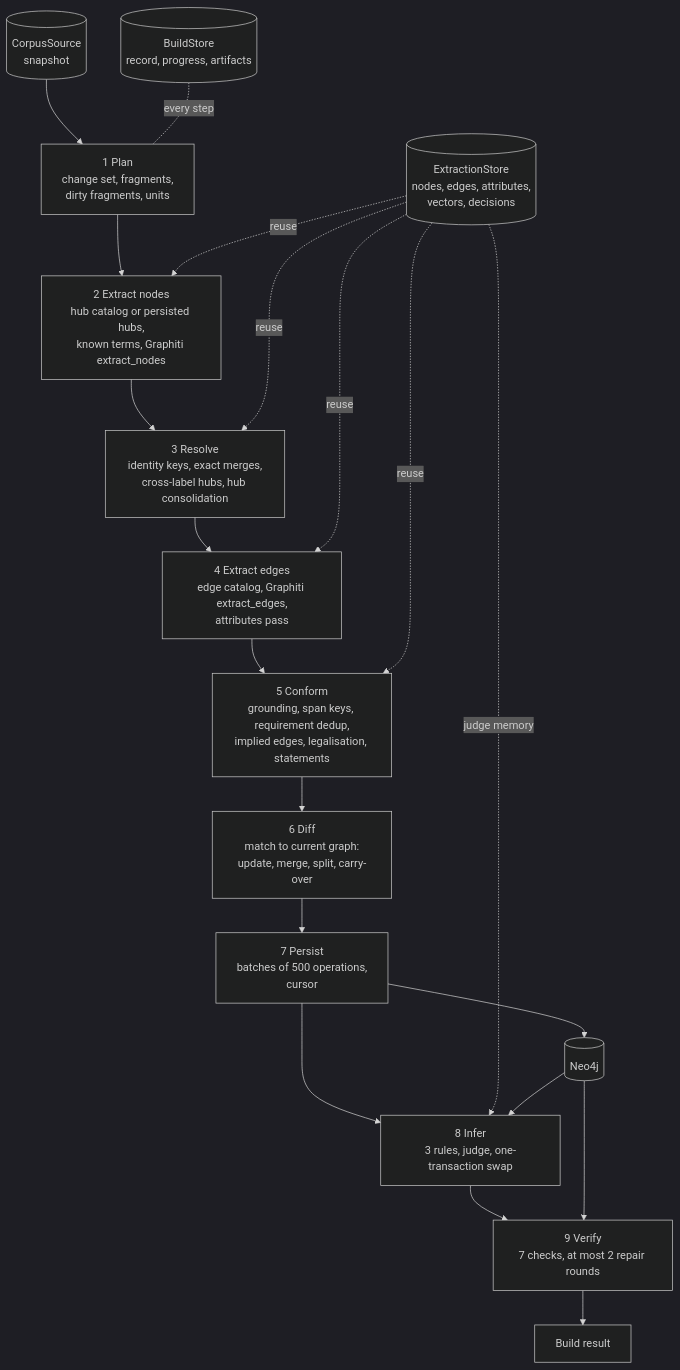
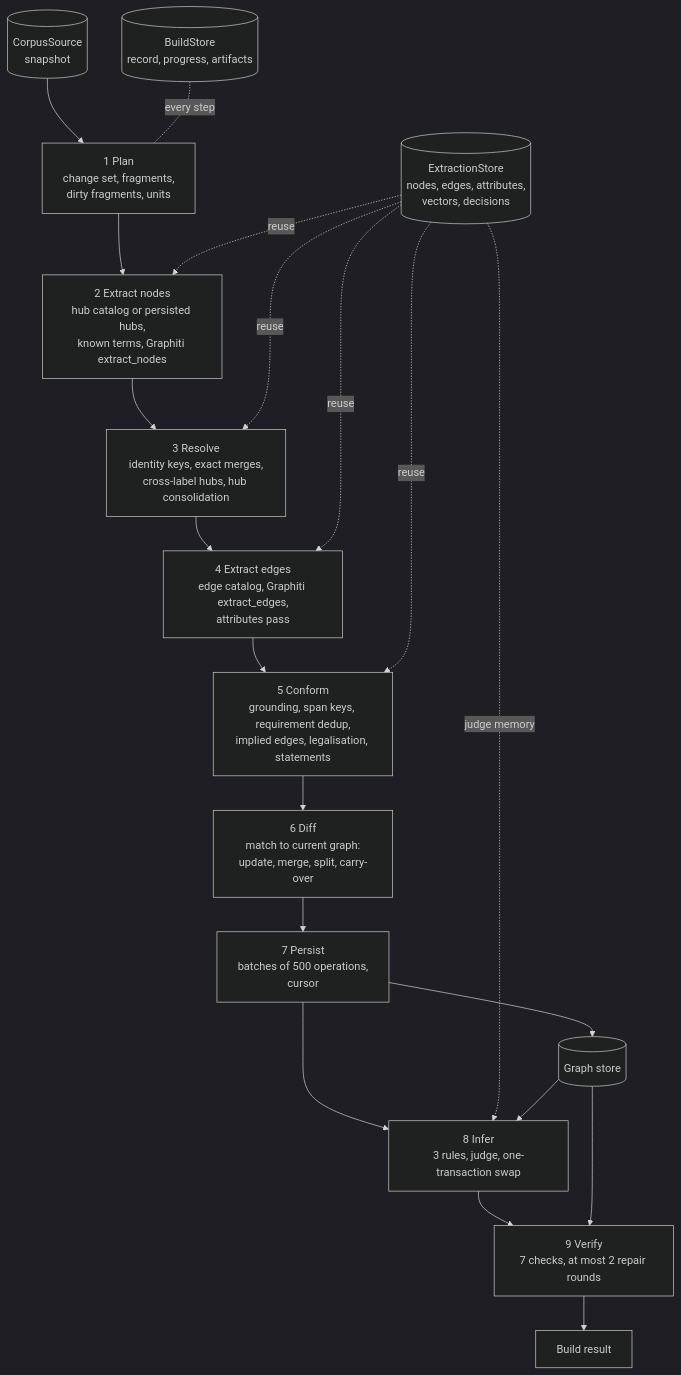
The diagram in docs/graph/how-it-works.md (griddynamics/specflow), drawn with Mermaid (dark theme) before and after one commit. The commit also changed other lines of this file and 10 other files, not shown here.

First line of the commit message:
Describe the supported graph stores in the docs

````diff
--- a/docs/graph/how-it-works.md
+++ b/docs/graph/how-it-works.md
@@ -254,22 +254,22 @@
 ```mermaid
 flowchart TD
     CS[(CorpusSource<br/>snapshot)] --> P
     P["1 Plan<br/>change set, fragments,<br/>dirty fragments, units"] --> N
     N["2 Extract nodes<br/>hub catalog or persisted hubs,<br/>known terms, Graphiti extract_nodes"] --> R
     R["3 Resolve<br/>identity keys, exact merges,<br/>cross-label hubs, hub consolidation"] --> E
     E["4 Extract edges<br/>edge catalog, Graphiti extract_edges,<br/>attributes pass"] --> C
     C["5 Conform<br/>grounding, span keys, requirement dedup,<br/>implied edges, legalisation, statements"] --> D
     D["6 Diff<br/>match to current graph:<br/>update, merge, split, carry-over"] --> W
     W["7 Persist<br/>batches of 500 operations,<br/>cursor"] --> I
     I["8 Infer<br/>3 rules, judge, one-transaction swap"] --> V
     V["9 Verify<br/>7 checks, at most 2 repair rounds"] --> BR[Build result]
     ES[(ExtractionStore<br/>nodes, edges, attributes,<br/>vectors, decisions)] -. reuse .-> N
     ES -. reuse .-> R
     ES -. reuse .-> E
     ES -. reuse .-> C
     ES -. judge memory .-> I
-    W --> NEO[(Neo4j)]
+    W --> NEO[(Graph store)]
     NEO --> I
     NEO --> V
     BS[(BuildStore<br/>record, progress, artifacts)] -. every step .- P
 ```
````
